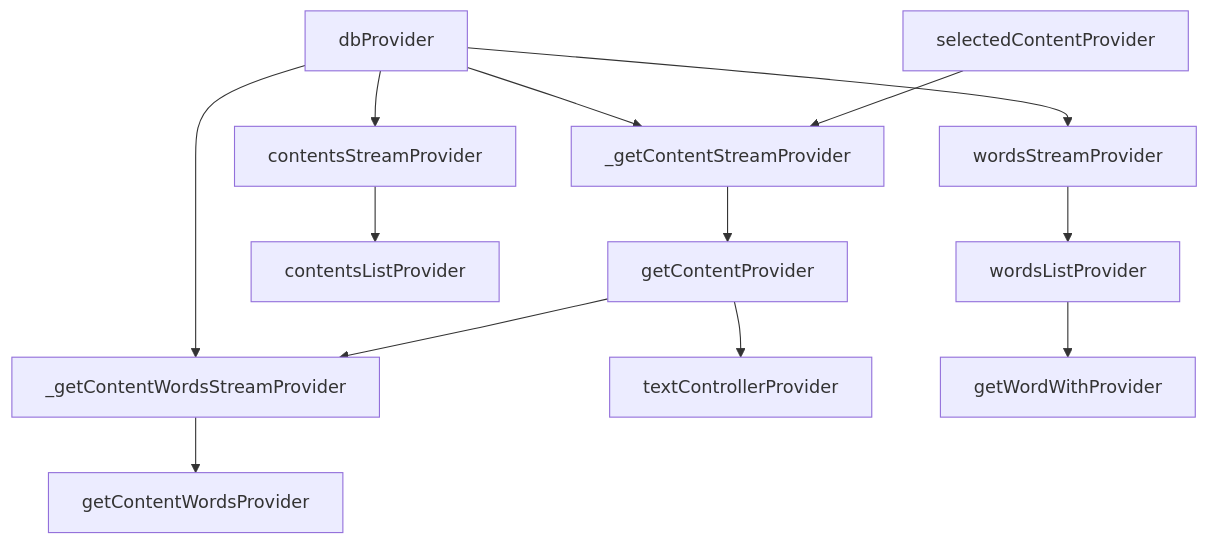
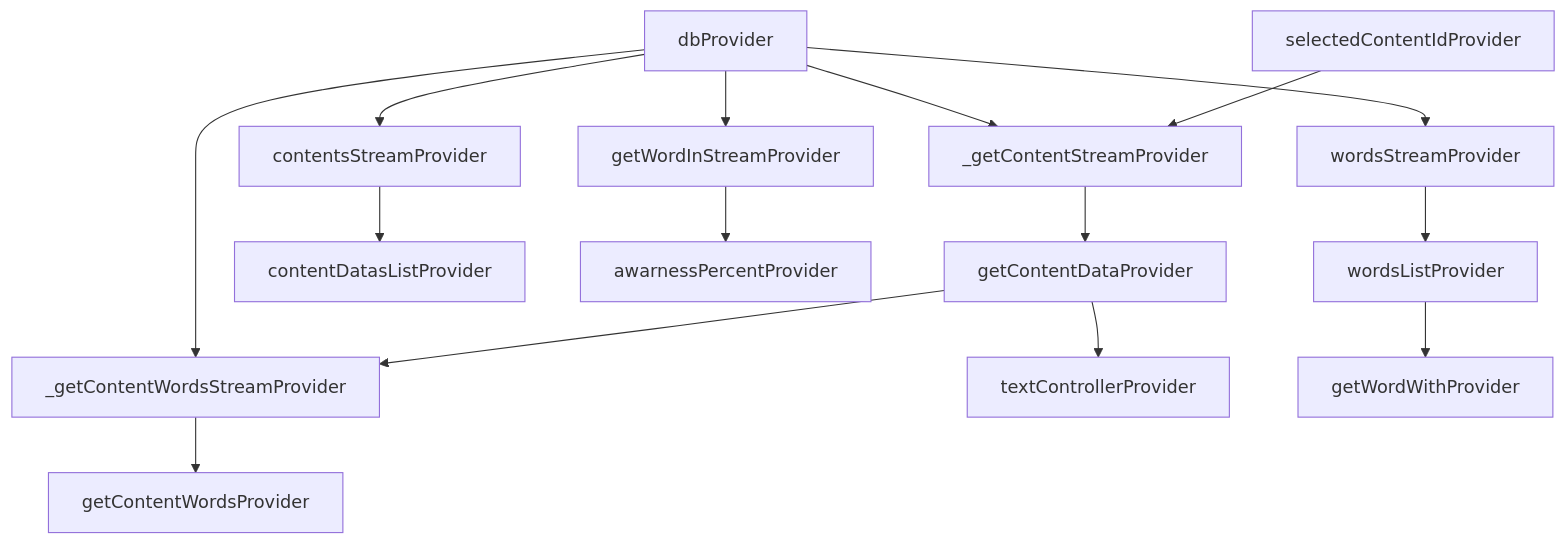
Before and after one commit to hpn33/landlearn: the diagram in riverpod_diagram.md, drawn with Mermaid. The commit also changed 7 other files, not shown here.

Commit message:
try to show awarnessPercent ( not now )

````diff
--- a/riverpod_diagram.md
+++ b/riverpod_diagram.md
@@ -2,31 +2,35 @@
 ```mermaid
 graph TD;
 
 
 
 
 dbProvider --> _getContentStreamProvider ;
-selectedContentProvider --> _getContentStreamProvider ;
+selectedContentIdProvider --> _getContentStreamProvider ;
 
-_getContentStreamProvider --> getContentProvider ;
+_getContentStreamProvider --> getContentDataProvider ;
 
 dbProvider --> _getContentWordsStreamProvider ;
-getContentProvider --> _getContentWordsStreamProvider ;
+getContentDataProvider --> _getContentWordsStreamProvider ;
 
 _getContentWordsStreamProvider --> getContentWordsProvider ;
 
-getContentProvider --> textControllerProvider ;
+getContentDataProvider --> textControllerProvider ;
 
 dbProvider --> contentsStreamProvider ;
 
-contentsStreamProvider --> contentsListProvider ;
+contentsStreamProvider --> contentDatasListProvider ;
+
+dbProvider --> getWordInStreamProvider ;
+
+getWordInStreamProvider --> awarnessPercentProvider ;
 
 
 dbProvider --> wordsStreamProvider ;
 
 wordsStreamProvider --> wordsListProvider ;
 
 wordsListProvider --> getWordWithProvider ;
 
 
 ```
````
